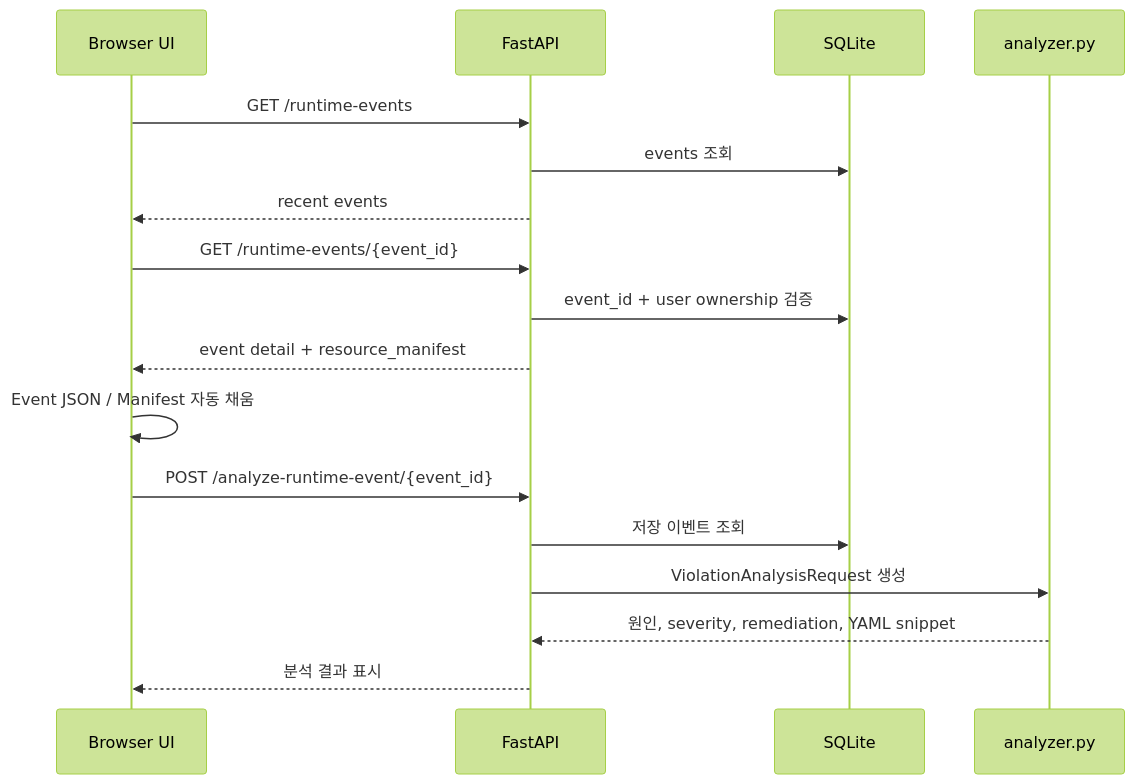
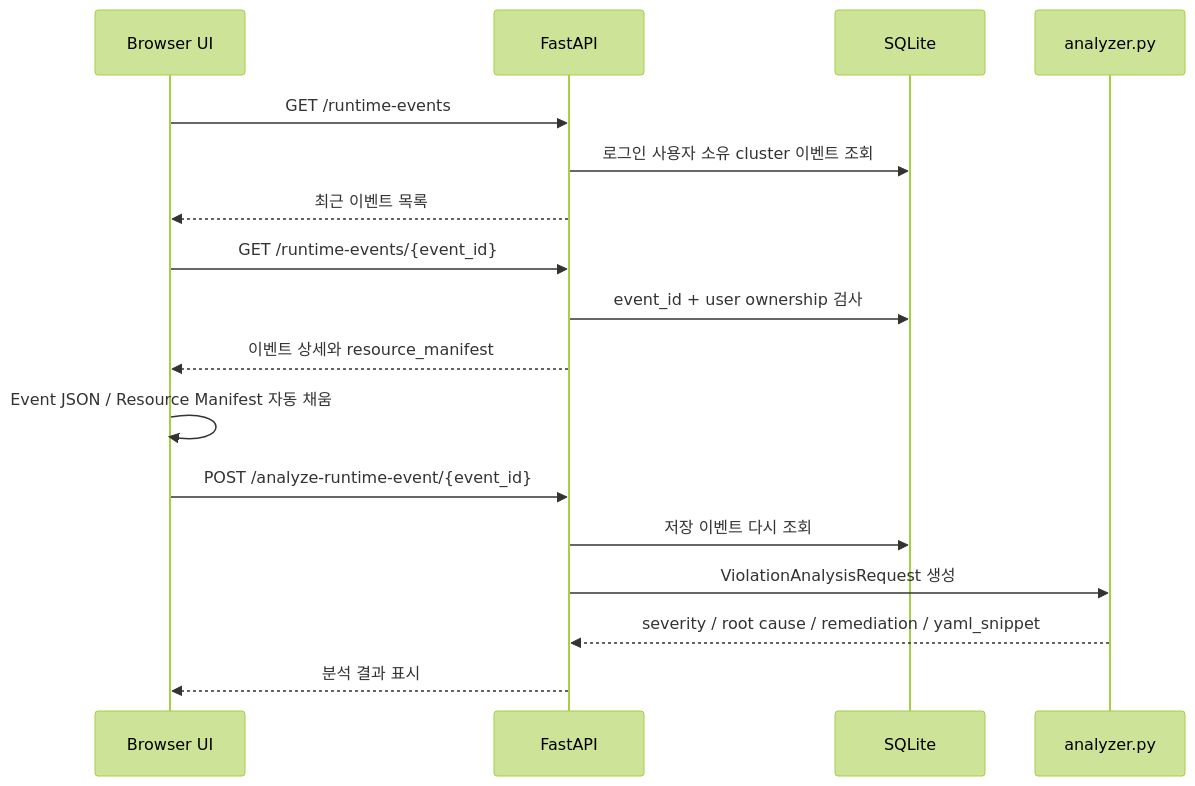
Before and after one commit to leah-1ee/k8s-compliance-platform: the first of 2 diagrams in ai-observability/docs/project-architecture-defense.md, drawn with Mermaid (forest theme). The commit also changed other lines of this file, not shown here.

````diff
--- a/ai-observability/docs/project-architecture-defense.md
+++ b/ai-observability/docs/project-architecture-defense.md
@@ -465,23 +111,23 @@
 ```mermaid
 sequenceDiagram
     participant UI as Browser UI
     participant API as FastAPI
     participant DB as SQLite
     participant Analyzer as analyzer.py
 
     UI->>API: GET /runtime-events
-    API->>DB: events 조회
-    API-->>UI: recent events
+    API->>DB: 로그인 사용자 소유 cluster 이벤트 조회
+    API-->>UI: 최근 이벤트 목록
 
     UI->>API: GET /runtime-events/{event_id}
-    API->>DB: event_id + user ownership 검증
-    API-->>UI: event detail + resource_manifest
+    API->>DB: event_id + user ownership 검사
+    API-->>UI: 이벤트 상세와 resource_manifest
 
-    UI->>UI: Event JSON / Manifest 자동 채움
+    UI->>UI: Event JSON / Resource Manifest 자동 채움
 
     UI->>API: POST /analyze-runtime-event/{event_id}
-    API->>DB: 저장 이벤트 조회
+    API->>DB: 저장 이벤트 다시 조회
     API->>Analyzer: ViolationAnalysisRequest 생성
-    Analyzer-->>API: 원인, severity, remediation, YAML snippet
+    Analyzer-->>API: severity / root cause / remediation / yaml_snippet
     API-->>UI: 분석 결과 표시
 ```
````
